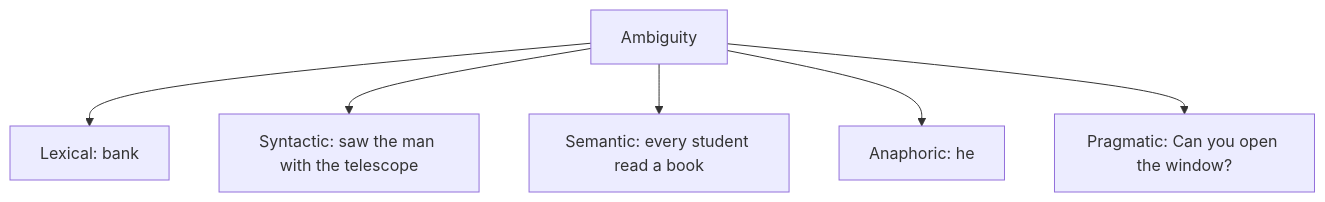
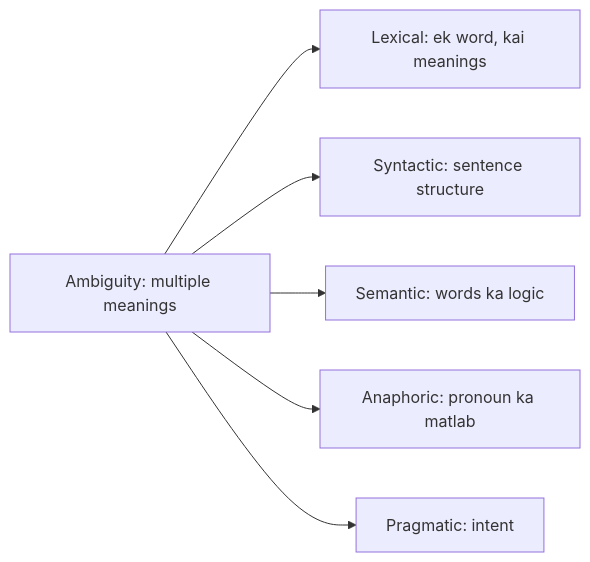
One commit to TrendySloth1001/sem-seven-notes changed the diagram in content/natural-language-processing/pyq/2024-12/q4b.hi.mdx. Above: the diagram before and after it, drawn with Mermaid. The commit also changed other lines of this file and 406 other files, not shown here.

````diff
--- a/content/natural-language-processing/pyq/2024-12/q4b.hi.mdx
+++ b/content/natural-language-processing/pyq/2024-12/q4b.hi.mdx
@@ -19,9 +11,9 @@
 ```mermaid
-%% caption: Ambiguity ke types, word level se situation level tak.
-flowchart TD
-  A["Ambiguity"] --> L["Lexical: bank"]
-  A --> S["Syntactic: saw the man with the telescope"]
-  A --> M["Semantic: every student read a book"]
-  A --> R["Anaphoric: he"]
-  A --> P["Pragmatic: Can you open the window?"]
+%% caption: Ambiguity ke paanch types aur har ek kis NLP stage se juda hai.
+flowchart LR
+  A["Ambiguity: multiple meanings"] --> B["Lexical: ek word, kai meanings"]
+  A --> C["Syntactic: sentence structure"]
+  A --> D["Semantic: words ka logic"]
+  A --> E["Anaphoric: pronoun ka matlab"]
+  A --> F["Pragmatic: intent"]
 ```
````
